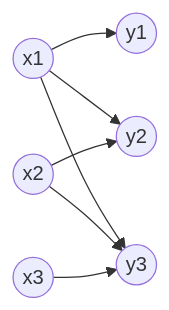
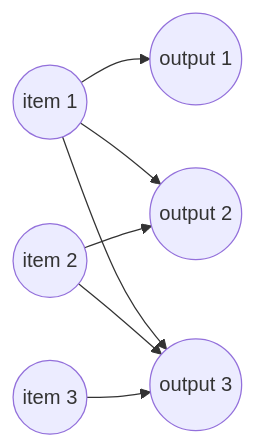
The third of 4 diagrams in MAMBA_MHA_EXPLAINER.md (KathpaliaChirag/Nanopore-project), drawn with Mermaid before and after one commit. The commit also changed other lines of this file, not shown here.

````diff
--- a/MAMBA_MHA_EXPLAINER.md
+++ b/MAMBA_MHA_EXPLAINER.md
@@ -177,9 +245,9 @@
 ```mermaid
 graph LR
-    x1((x1)) --> y1((y1))
-    x1 --> y2((y2))
-    x2((x2)) --> y2
-    x1 --> y3((y3))
+    x1((item 1)) --> y1((output 1))
+    x1 --> y2((output 2))
+    x2((item 2)) --> y2
+    x1 --> y3((output 3))
     x2 --> y3
-    x3((x3)) --> y3
+    x3((item 3)) --> y3
 ```
````
